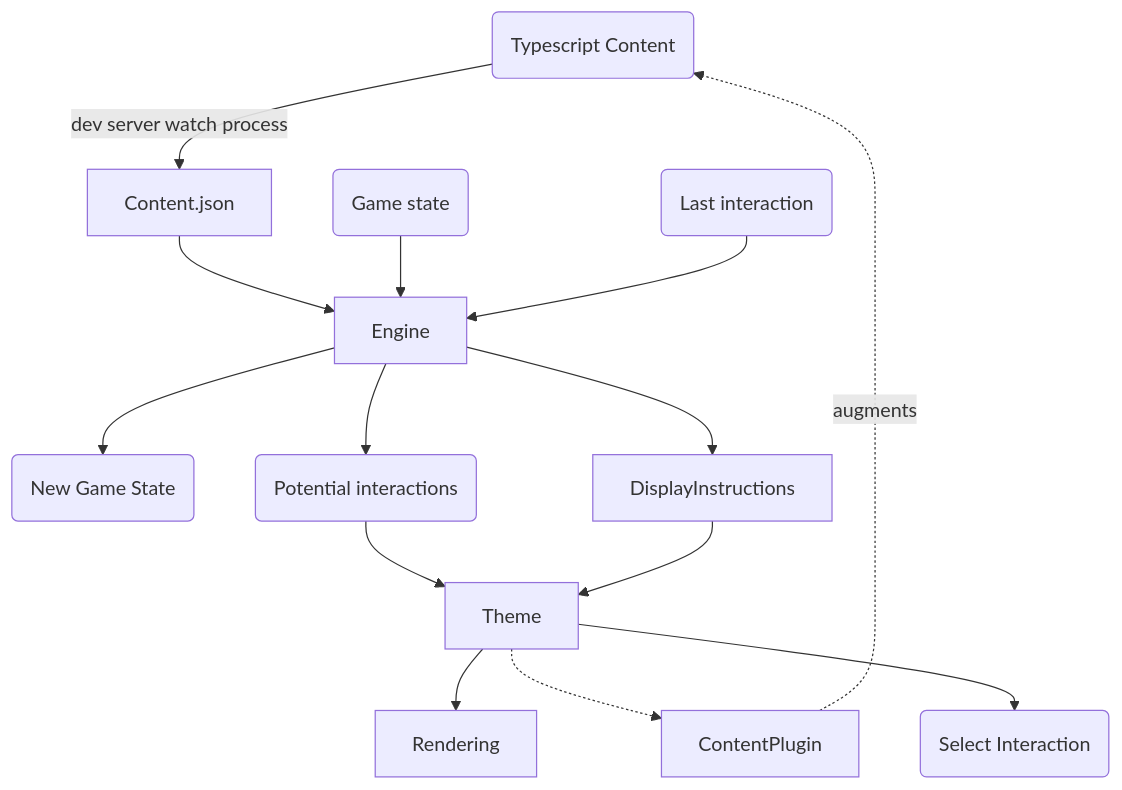
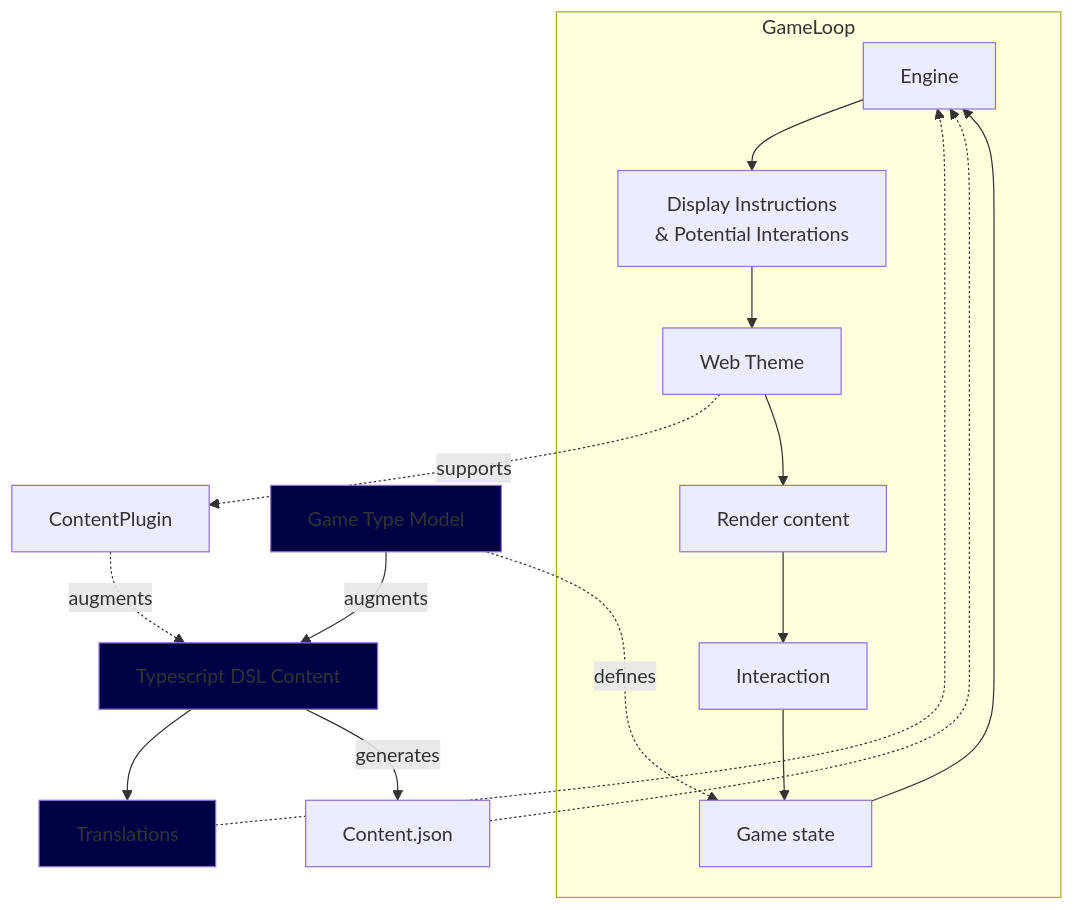
One commit to matthijsgroen/point-n-click changed the diagram in ARCHITECTURE.md. Above: the diagram before and after it, drawn with Mermaid. The commit also changed 1 other file, not shown here.

Commit message:
Consolidate architecture documentation

````diff
--- a/ARCHITECTURE.md
+++ b/ARCHITECTURE.md
@@ -35,19 +35,32 @@
 ```mermaid
-flowchart
+flowchart TB
+  classDef content fill:#004
 
-  TS-DSL(Typescript Content) -- dev server watch process --> Content.json
-  Content.json --> Engine
-  GameState(Game state) --> Engine
-  Interaction(Last interaction) --> Engine
-  Engine --> NewGameState(New Game State)
-  Engine --> DisplayInstructions
-  Engine --> PotentialInteractions(Potential interactions)
+  Engine
+  GameState
+  Theme[ Web Theme ]
+  TS-DSL[ Typescript DSL Content ]:::content
+  GameType[ Game Type Model ]:::content
+  Translations
 
-  PotentialInteractions --> Theme
-  DisplayInstructions --> Theme
-  Theme --> Rendering
-  Theme -.-> ContentPlugin
+  Content.json -.-> Engine
+  Translations -.-> Engine
+
+  GameType -- augments --> TS-DSL
+  GameType -. defines .-> GameState
+  TS-DSL --> Translations:::content
+  TS-DSL -- generates --> Content.json
+  Theme -. supports .-> ContentPlugin
   ContentPlugin -. augments .-> TS-DSL
-  Theme --> Selection(Select Interaction)
+
+  subgraph GameLoop
+    Interaction --> GameState
+    Instructions --> Theme
+    Theme --> Rendering[ Render content ]
+    Rendering --> Interaction
+    GameState[ Game state ] --> Engine
+    Engine --> Instructions[ Display Instructions \n& Potential Interations ]
+  end
+
 
 ```
````
